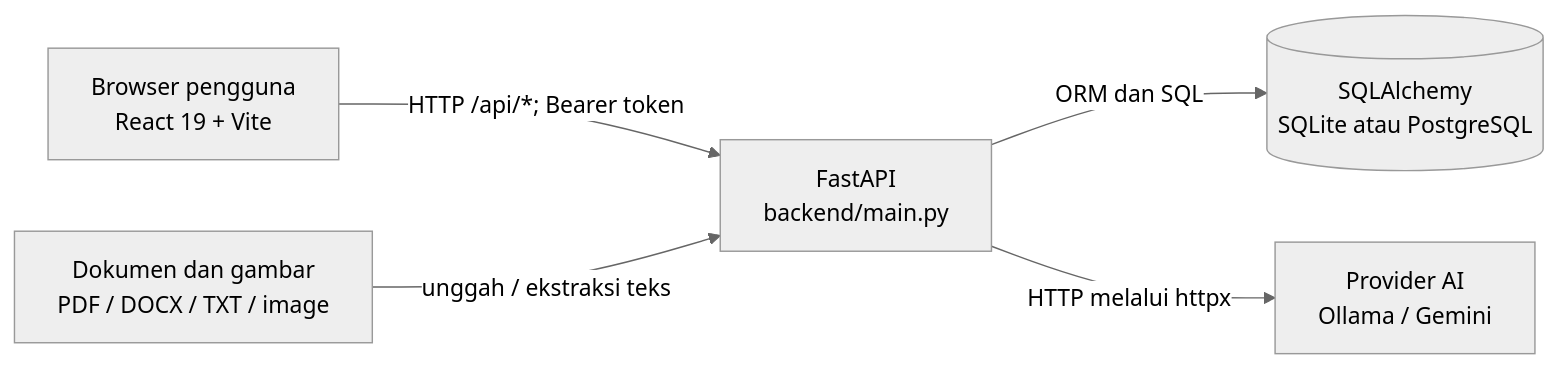
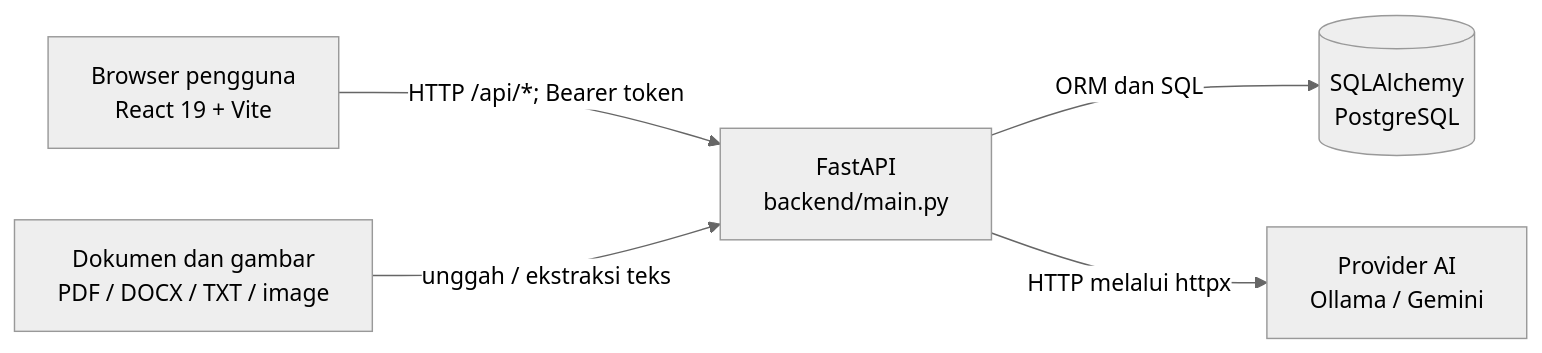
The diagram in ARCHITECTURE.md (opiktz-glitch/TKA-TRYOUT-AI-POSTGRESQL), drawn with Mermaid (neutral theme) before and after one commit. The commit also changed other lines of this file and 66 other files, not shown here.

Commit message:
chore: consolidate PostgreSQL and UI updates

````diff
--- a/ARCHITECTURE.md
+++ b/ARCHITECTURE.md
@@ -7,13 +7,13 @@
 ```mermaid
 flowchart LR
     Browser["Browser pengguna<br/>React 19 + Vite"]
     API["FastAPI<br/>backend/main.py"]
-    DB[("SQLAlchemy<br/>SQLite atau PostgreSQL")]
+    DB[("SQLAlchemy<br/>PostgreSQL")]
     AI["Provider AI<br/>Ollama / Gemini"]
     Files["Dokumen dan gambar<br/>PDF / DOCX / TXT / image"]
 
     Browser -->|"HTTP /api/*; Bearer token"| API
     API -->|"ORM dan SQL"| DB
     API -->|"HTTP melalui httpx"| AI
     Files -->|"unggah / ekstraksi teks"| API
 ```
````
